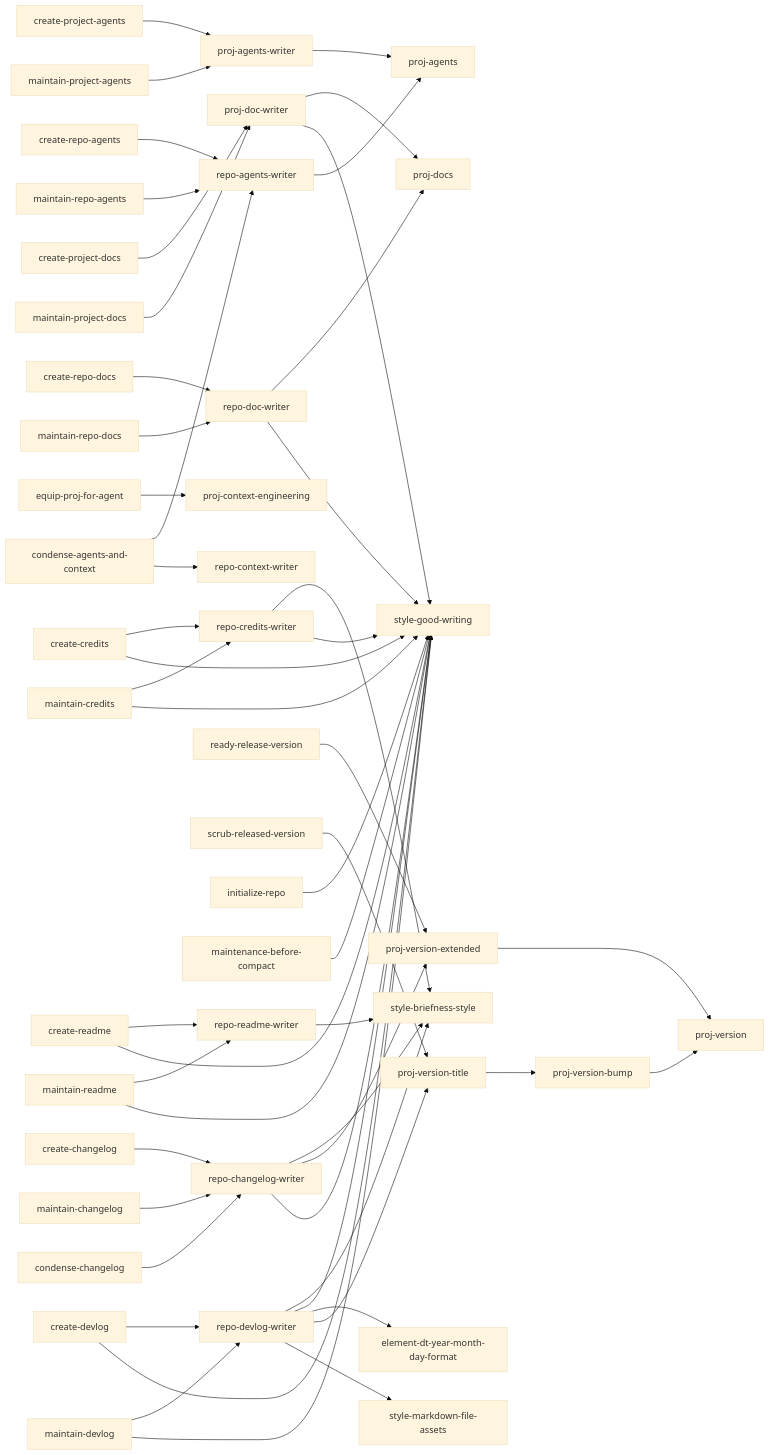
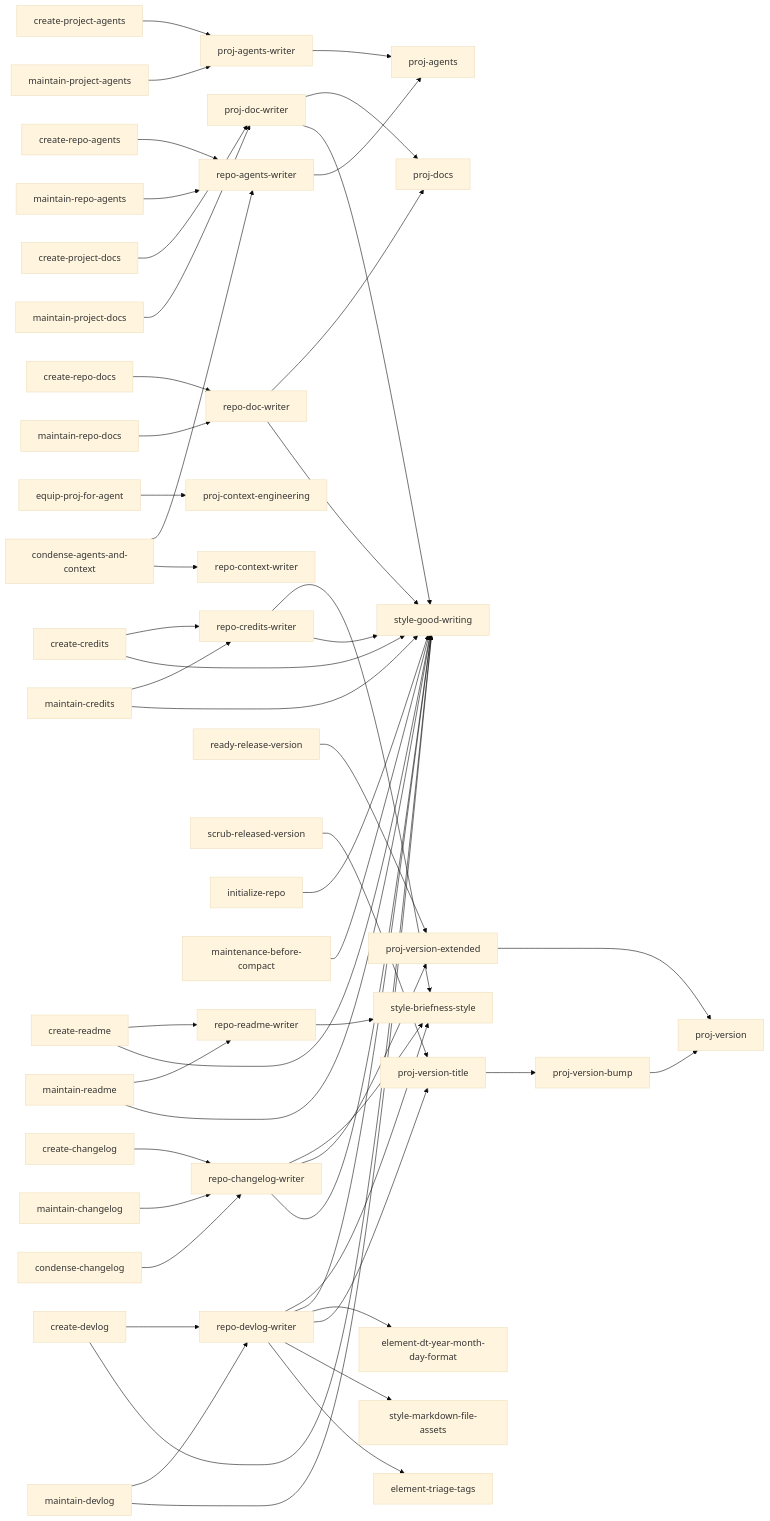
One commit to kami-lel/kaye-library changed the second of 7 diagrams in docs/blueprint-doc.md. Above: the diagram before and after it, drawn with Mermaid (base theme). The commit also changed 7 other files, not shown here.

First line of the commit message:
DEVLOG writer: TODO for missing screenshot, prose trimmed to examples

````diff
--- a/docs/blueprint-doc.md
+++ b/docs/blueprint-doc.md
@@ -37,53 +37,54 @@
 ```mermaid
 flowchart LR
     proj_agents_writer["proj-agents-writer"] --> proj_agents["proj-agents"]
     repo_agents_writer["repo-agents-writer"] --> proj_agents
     proj_doc_writer["proj-doc-writer"] --> proj_docs["proj-docs"]
     repo_doc_writer["repo-doc-writer"] --> proj_docs
     proj_doc_writer --> style_good_writing["style-good-writing"]
     repo_doc_writer --> style_good_writing
     equip_proj_for_agent["equip-proj-for-agent"] --> proj_context_engineering["proj-context-engineering"]
     repo_readme_writer["repo-readme-writer"] --> style_briefness_style["style-briefness-style"]
     repo_changelog_writer["repo-changelog-writer"] --> style_briefness_style
     repo_changelog_writer --> proj_version_extended["proj-version-extended"]
     repo_changelog_writer --> style_good_writing
     repo_credits_writer["repo-credits-writer"] --> style_briefness_style
     repo_credits_writer --> style_good_writing
     repo_devlog_writer["repo-devlog-writer"] --> style_briefness_style
     repo_devlog_writer --> style_good_writing
     repo_devlog_writer --> element_dt_year_month_day_format["element-dt-year-month-day-format"]
     repo_devlog_writer --> proj_version_title
     repo_devlog_writer --> style_markdown_file_assets["style-markdown-file-assets"]
+    repo_devlog_writer --> element_triage_tags["element-triage-tags"]
     ready_release_version["ready-release-version"] --> proj_version_extended
     scrub_released_version["scrub-released-version"] --> proj_version_title["proj-version-title"]
     proj_version_title["proj-version-title"] --> proj_version_bump["proj-version-bump"]
     proj_version_bump --> proj_version["proj-version"]
     proj_version_extended --> proj_version
     initialize_repo["initialize-repo"] --> style_good_writing
     maintenance_before_compact["maintenance-before-compact"] --> style_good_writing
     condense_agents_and_context["condense-agents-and-context"] --> repo_agents_writer
     condense_agents_and_context --> repo_context_writer["repo-context-writer"]
     create_project_agents["create-project-agents"] --> proj_agents_writer
     maintain_project_agents["maintain-project-agents"] --> proj_agents_writer
     create_project_docs["create-project-docs"] --> proj_doc_writer
     maintain_project_docs["maintain-project-docs"] --> proj_doc_writer
     create_readme["create-readme"] --> repo_readme_writer
     maintain_readme["maintain-readme"] --> repo_readme_writer
     create_readme --> style_good_writing
     maintain_readme --> style_good_writing
     create_changelog["create-changelog"] --> repo_changelog_writer
     maintain_changelog["maintain-changelog"] --> repo_changelog_writer
     condense_changelog["condense-changelog"] --> repo_changelog_writer
     create_credits["create-credits"] --> repo_credits_writer
     maintain_credits["maintain-credits"] --> repo_credits_writer
     create_devlog["create-devlog"] --> repo_devlog_writer
     maintain_devlog["maintain-devlog"] --> repo_devlog_writer
     create_credits --> style_good_writing
     maintain_credits --> style_good_writing
     create_devlog --> style_good_writing
     maintain_devlog --> style_good_writing
     create_repo_agents["create-repo-agents"] --> repo_agents_writer
     maintain_repo_agents["maintain-repo-agents"] --> repo_agents_writer
     create_repo_docs["create-repo-docs"] --> repo_doc_writer
     maintain_repo_docs["maintain-repo-docs"] --> repo_doc_writer
 ```
````
